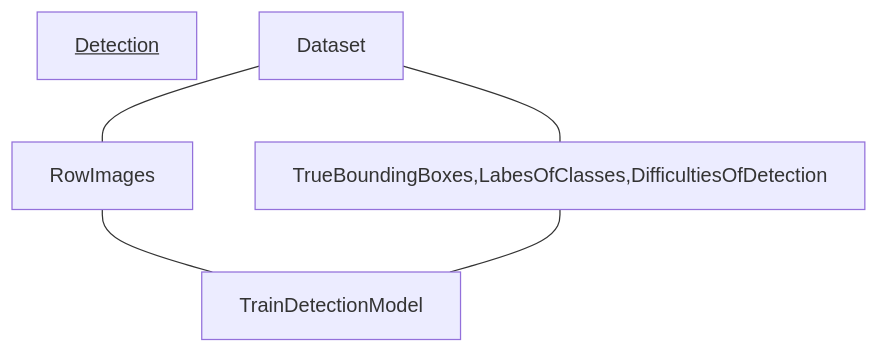
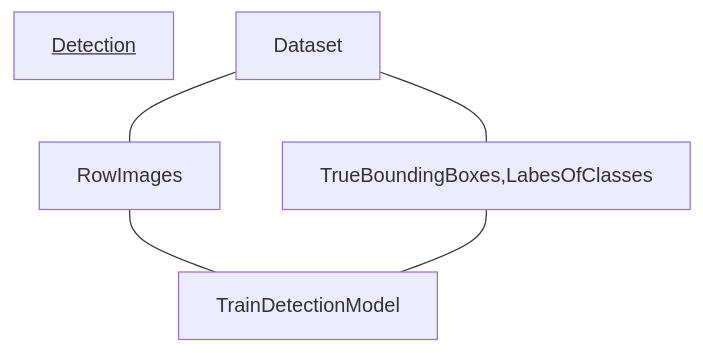
Before and after one commit to RepnikovPavel/FurnitureDetection: the third of 3 diagrams in ReadMe.md, drawn with Mermaid. The commit also changed other lines of this file and 11 other files, not shown here.

````diff
--- a/ReadMe.md
+++ b/ReadMe.md
@@ -68,8 +67,8 @@
 ```mermaid
 graph TD
 title[<u>Detection</u>]
 Dataset --- RowImages
-Dataset --- TrueBoundingBoxes,LabesOfClasses,DifficultiesOfDetection
+Dataset --- TrueBoundingBoxes,LabesOfClasses
 RowImages --- TrainDetectionModel
- TrueBoundingBoxes,LabesOfClasses,DifficultiesOfDetection --- TrainDetectionModel
+ TrueBoundingBoxes,LabesOfClasses --- TrainDetectionModel
 ```
````
